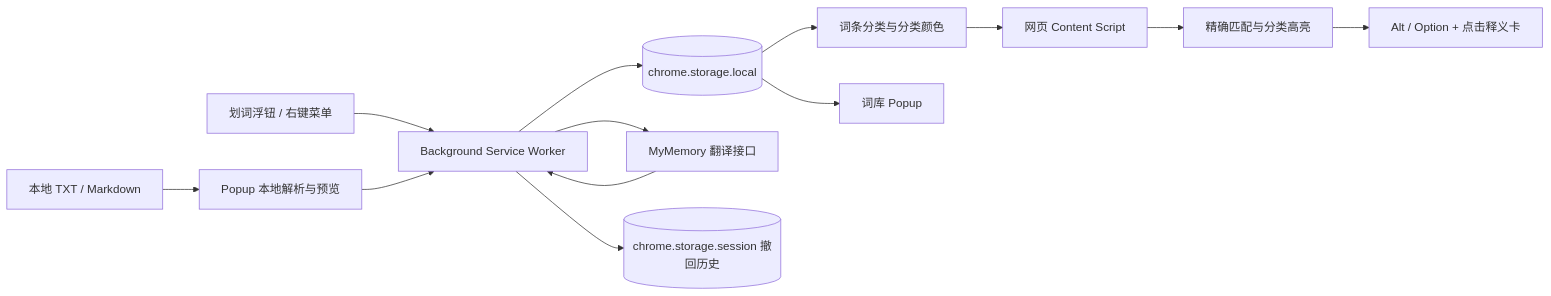
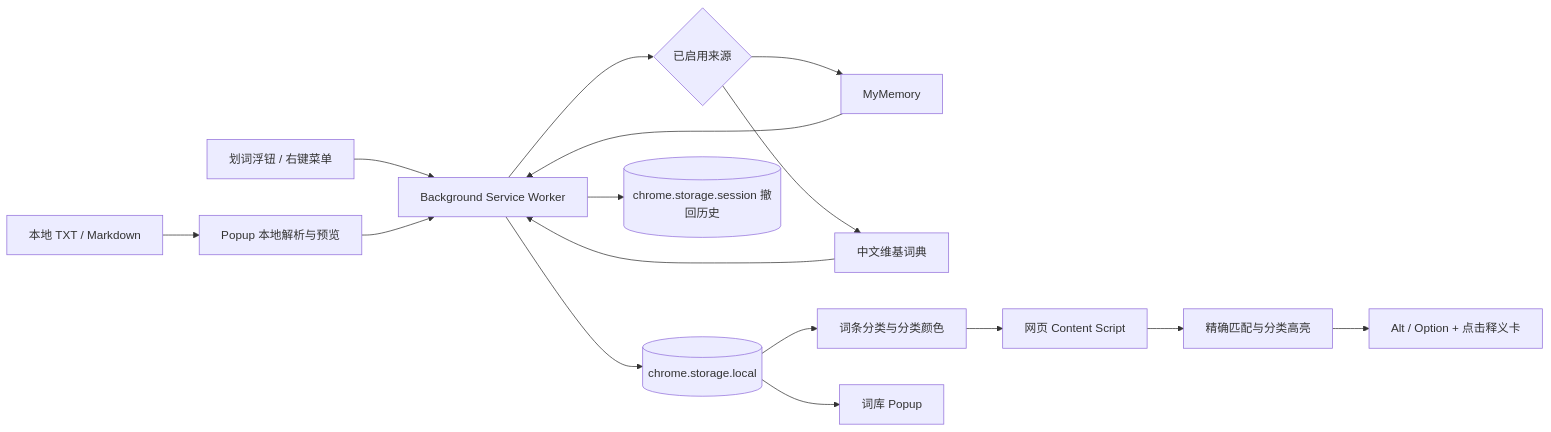
Before and after one commit to segujushi-lang/edge-vocab-highlighter: the diagram in README.md, drawn with Mermaid. The commit also changed other lines of this file and 14 other files, not shown here.

````diff
--- a/README.md
+++ b/README.md
@@ -131,15 +146,18 @@
 ```mermaid
 flowchart LR
     A[划词浮钮 / 右键菜单] --> B[Background Service Worker]
     J[本地 TXT / Markdown] --> K[Popup 本地解析与预览]
     K --> B
     B --> C[(chrome.storage.local)]
-    B --> D[MyMemory 翻译接口]
+    B --> M{已启用来源}
+    M --> D[MyMemory]
+    M --> W[中文维基词典]
     D --> B
+    W --> B
     C --> E[词条分类与分类颜色]
     E --> G[网页 Content Script]
     C --> F[词库 Popup]
     B --> I[(chrome.storage.session 撤回历史)]
     G --> H[精确匹配与分类高亮]
     H --> L[Alt / Option + 点击释义卡]
 ```
````
